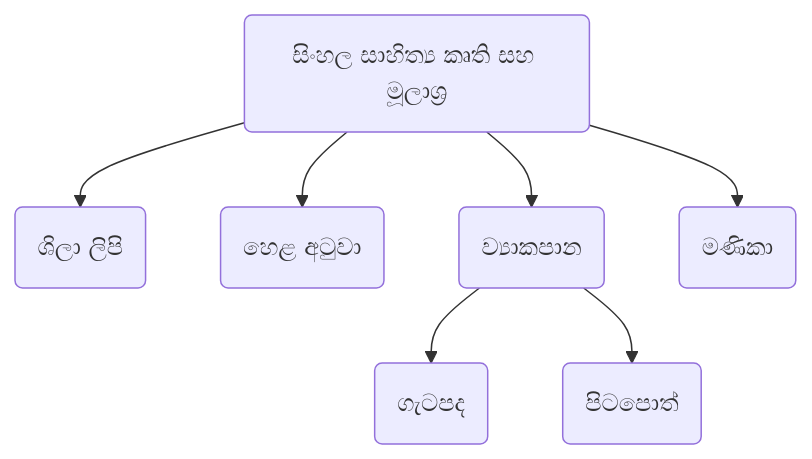
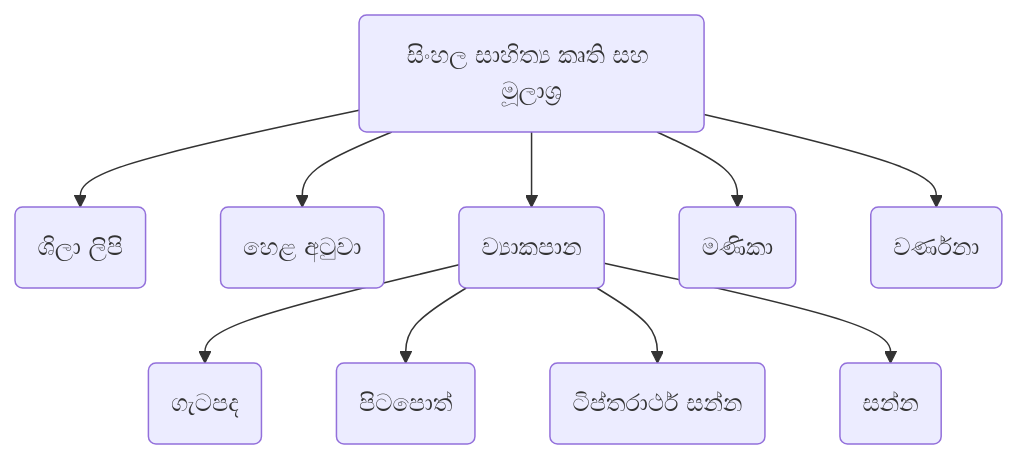
Before and after one commit to vanniurumaya/SinhalaLiterature: the diagram in README.md, drawn with Mermaid.

````diff
--- a/README.md
+++ b/README.md
@@ -3,9 +3,12 @@
 ```mermaid
 graph TD;
     A(සිංහල සාහිත්‍ය කෘති සහ මූලාශ්‍ර)-->B(ශිලා ලිපි);
     A(සිංහල සාහිත්‍ය කෘති සහ මූලාශ්‍ර)-->C(හෙළ අටුවා);
     A(සිංහල සාහිත්‍ය කෘති සහ මූලාශ්‍ර)-->D(ව්‍යාකපාන);
                          D(ව්‍යාකපාන)-->E(ගැටපද);
                          D(ව්‍යාකපාන)-->F(පිටපොත්);
+                         D(ව්‍යාකපාන)-->H(ටිප්තරාර්ථ සන්න);
+                         D(ව්‍යාකපාන)-->I(සන්න);
     A(සිංහල සාහිත්‍ය කෘති සහ මූලාශ්‍ර)-->G(මණිකා);
+    A(සිංහල සාහිත්‍ය කෘති සහ මූලාශ්‍ර)-->J(වර්ණනා);
 ```
````
